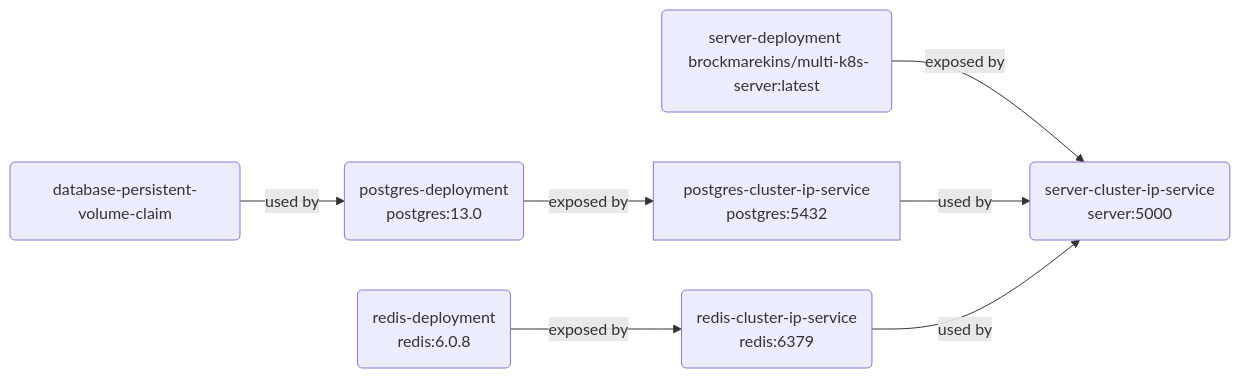
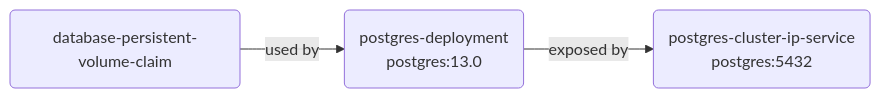
One commit to BrockMarekins/multi-k8s changed the first of 4 diagrams in README.md. Above: the diagram before and after it, drawn with Mermaid. The commit also changed other lines of this file, not shown here.

Commit message:
Correct graphs (#6)

````diff
--- a/README.md
+++ b/README.md
@@ -16,9 +18,9 @@
 ```mermaid
 graph LR
-A(database-persistent-volume-claim) -- used by --> B(postgres-deployment <br> postgres:13.0)
-B -- exposed by --> C[postgres-cluster-ip-service <br> postgres:5432]
-D(redis-deployment <br> redis:6.0.8) -- exposed by --> E(redis-cluster-ip-service <br> redis:6379)
-F(server-deployment <br> brockmarekins/multi-k8s-server:latest) -- exposed by --> G(server-cluster-ip-service <br> server:5000)
-C -- used by --> G
-E -- used by --> G
+A(database-persistent-volume-claim)
+B(postgres-deployment <br> postgres:13.0) 
+C(postgres-cluster-ip-service <br> postgres:5432)
+
+A -- used by --> B
+B -- exposed by --> C
 ```
````
